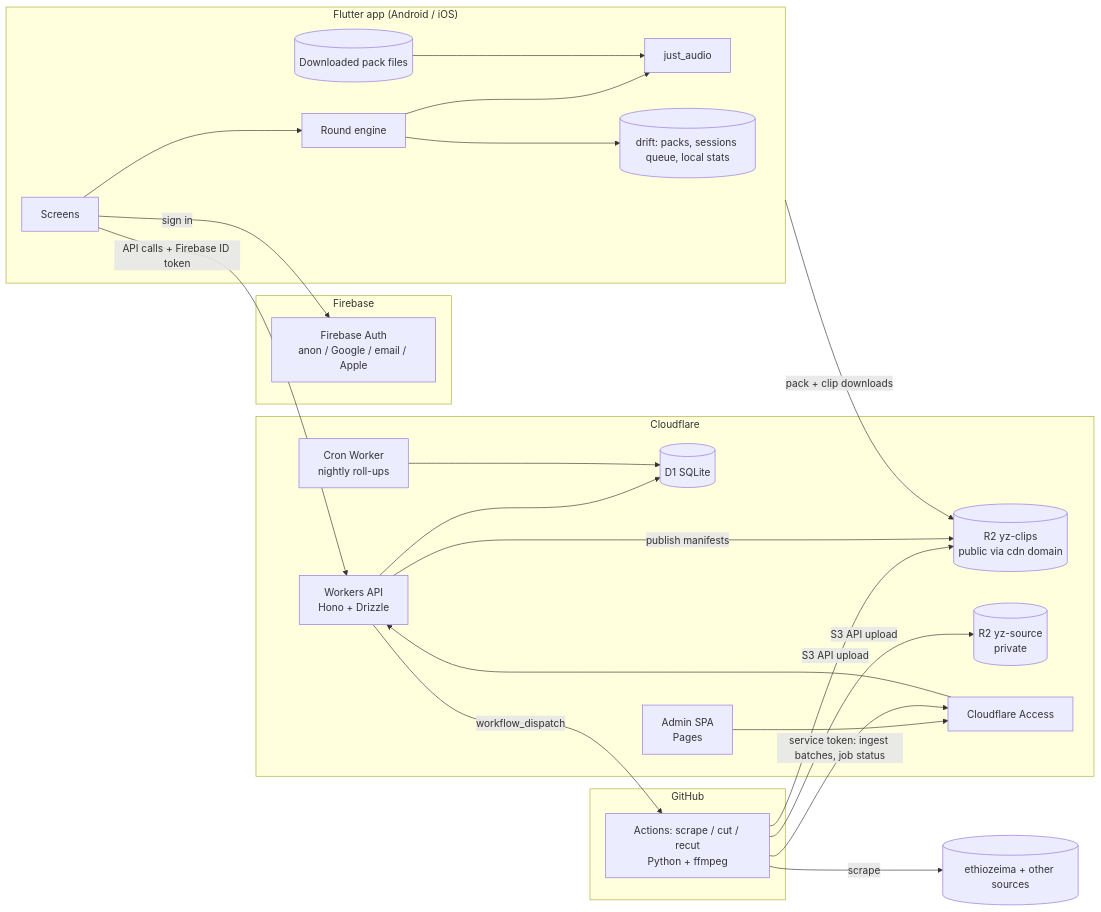
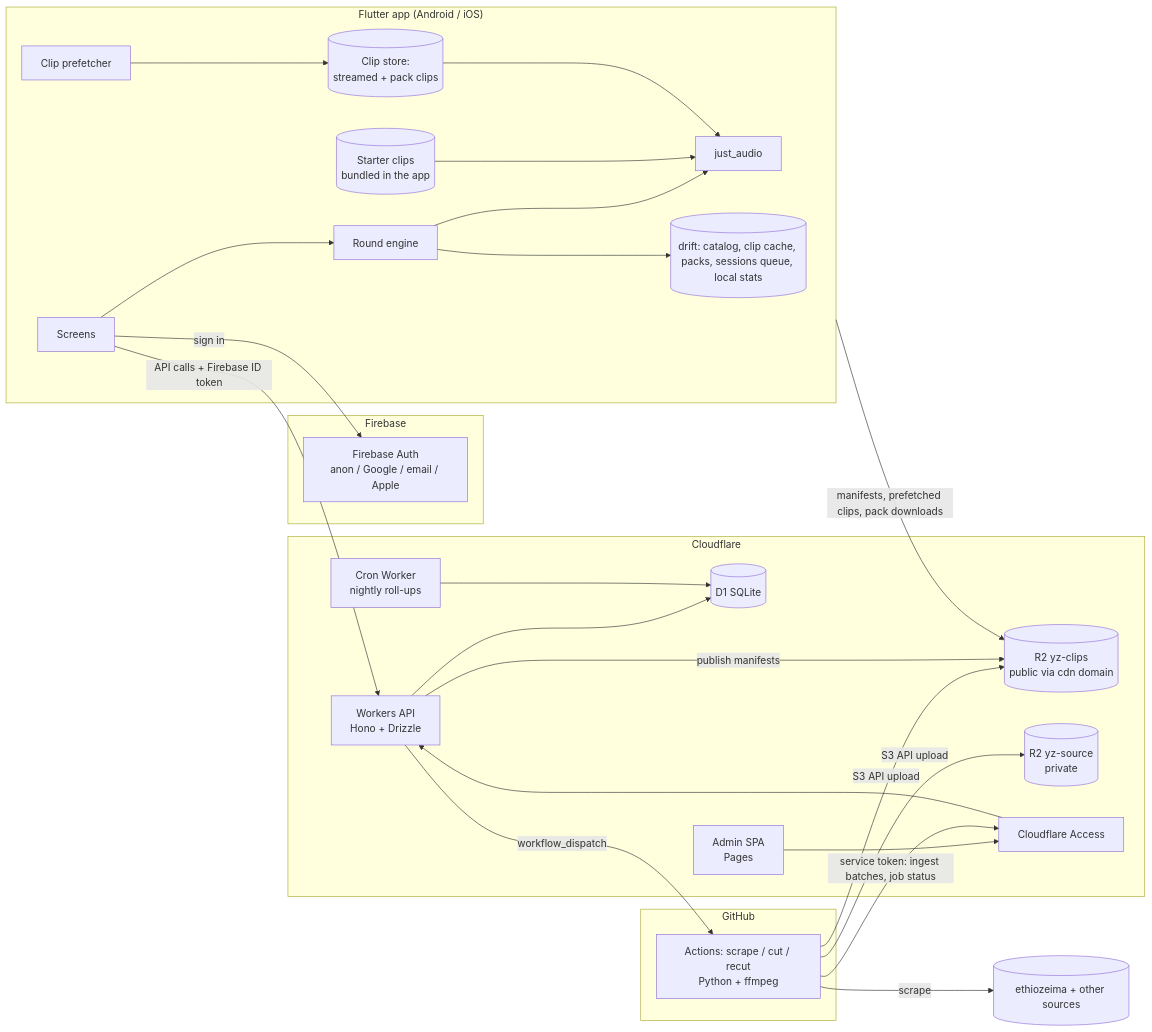
The first of 2 diagrams in docs/architecture.md (davezking/yeman_zefen), drawn with Mermaid before and after one commit. The commit also changed other lines of this file and 6 other files, not shown here.

First line of the commit message:
Docs: play-first clip delivery instead of download-first packs (#18)

````diff
--- a/docs/architecture.md
+++ b/docs/architecture.md
@@ -49,42 +50,44 @@
 ```mermaid
 flowchart LR
   subgraph Device["Flutter app (Android / iOS)"]
     UI[Screens] --> Engine[Round engine]
     Engine --> Player[just_audio]
-    Engine --> LocalDB[(drift: packs, sessions queue, local stats)]
-    Packs[(Downloaded pack files)] --> Player
+    Engine --> LocalDB[(drift: catalog, clip cache, packs, sessions queue, local stats)]
+    Starter[(Starter clips<br/>bundled in the app)] --> Player
+    Cache[(Clip store:<br/>streamed + pack clips)] --> Player
+    Prefetch[Clip prefetcher] --> Cache
   end
 
   subgraph Firebase
     FA[Firebase Auth<br/>anon / Google / email / Apple]
   end
 
   subgraph Cloudflare
     API[Workers API<br/>Hono + Drizzle]
     Cron[Cron Worker<br/>nightly roll-ups]
     D1[(D1 SQLite)]
     R2C[(R2 yz-clips<br/>public via cdn domain)]
     R2S[(R2 yz-source<br/>private)]
     Access[Cloudflare Access]
     Admin[Admin SPA<br/>Pages]
   end
 
   subgraph GitHub
     GHA["Actions: scrape / cut / recut<br/>Python + ffmpeg"]
   end
 
   Ethio[(ethiozeima + other sources)]
 
   UI -- sign in --> FA
   UI -- "API calls + Firebase ID token" --> API
-  Device -- "pack + clip downloads" --> R2C
+  Device -- "manifests, prefetched clips, pack downloads" --> R2C
   API --> D1
   Cron --> D1
   Admin --> Access --> API
   API -- workflow_dispatch --> GHA
   GHA -- scrape --> Ethio
   GHA -- "S3 API upload" --> R2S
   GHA -- "S3 API upload" --> R2C
   GHA -- "service token: ingest batches, job status" --> Access
   API -- "publish manifests" --> R2C
 ```
````
